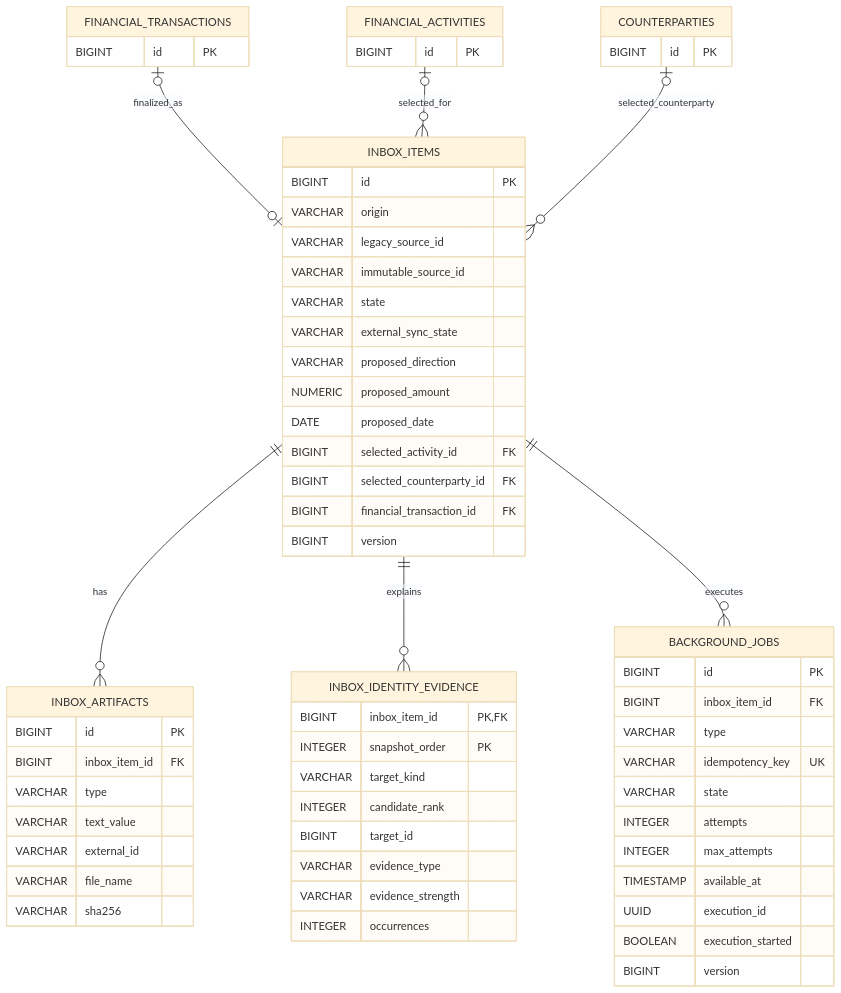
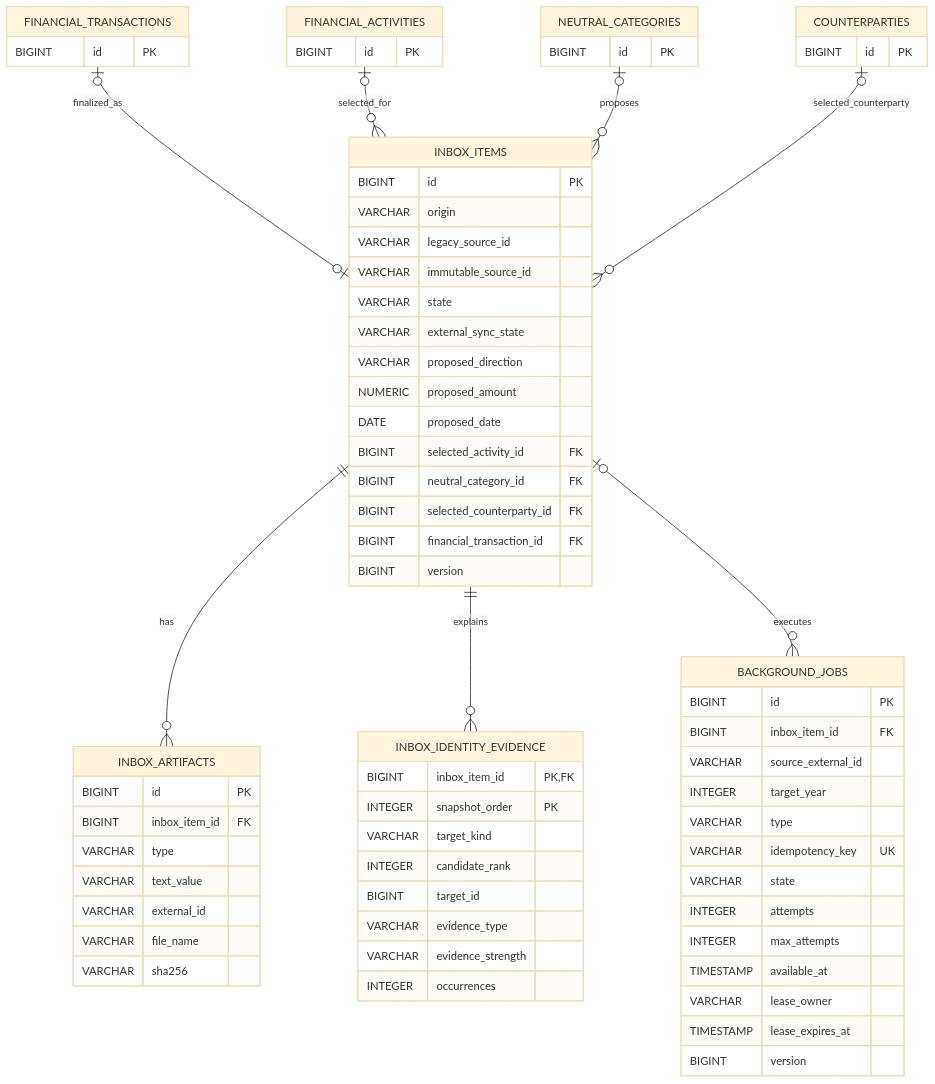
Before and after one commit to jinloes/bookie: the third of 4 diagrams in diagrams/erd.md, drawn with Mermaid (base theme). The commit also changed other lines of this file and 473 other files, not shown here.

First line of the commit message:
Simplify architecture, upgrade to Spring Boot 4.1, and refine UX and SSE

````diff
--- a/diagrams/erd.md
+++ b/diagrams/erd.md
@@ -210,72 +190,80 @@
 ```mermaid
 erDiagram
   FINANCIAL_TRANSACTIONS {
     BIGINT id PK
   }
 
   FINANCIAL_ACTIVITIES {
+    BIGINT id PK
+  }
+
+  NEUTRAL_CATEGORIES {
     BIGINT id PK
   }
 
   COUNTERPARTIES {
     BIGINT id PK
   }
 
   INBOX_ITEMS {
     BIGINT id PK
     VARCHAR origin
     VARCHAR legacy_source_id
     VARCHAR immutable_source_id
     VARCHAR state
     VARCHAR external_sync_state
     VARCHAR proposed_direction
     NUMERIC proposed_amount
     DATE proposed_date
     BIGINT selected_activity_id FK
+    BIGINT neutral_category_id FK
     BIGINT selected_counterparty_id FK
     BIGINT financial_transaction_id FK
     BIGINT version
   }
 
   INBOX_ARTIFACTS {
     BIGINT id PK
     BIGINT inbox_item_id FK
     VARCHAR type
     VARCHAR text_value
     VARCHAR external_id
     VARCHAR file_name
     VARCHAR sha256
   }
 
   INBOX_IDENTITY_EVIDENCE {
     BIGINT inbox_item_id PK,FK
     INTEGER snapshot_order PK
     VARCHAR target_kind
     INTEGER candidate_rank
     BIGINT target_id
     VARCHAR evidence_type
     VARCHAR evidence_strength
     INTEGER occurrences
   }
 
   BACKGROUND_JOBS {
     BIGINT id PK
     BIGINT inbox_item_id FK
+    VARCHAR source_external_id
+    INTEGER target_year
     VARCHAR type
     VARCHAR idempotency_key UK
     VARCHAR state
     INTEGER attempts
     INTEGER max_attempts
     TIMESTAMP available_at
-    UUID execution_id
-    BOOLEAN execution_started
+    VARCHAR lease_owner
+    TIMESTAMP lease_expires_at
     BIGINT version
   }
 
   FINANCIAL_TRANSACTIONS o|--o| INBOX_ITEMS : finalized_as
   FINANCIAL_ACTIVITIES o|--o{ INBOX_ITEMS : selected_for
+  NEUTRAL_CATEGORIES o|--o{ INBOX_ITEMS : proposes
   COUNTERPARTIES o|--o{ INBOX_ITEMS : selected_counterparty
   INBOX_ITEMS ||--o{ INBOX_ARTIFACTS : has
   INBOX_ITEMS ||--o{ INBOX_IDENTITY_EVIDENCE : explains
-  INBOX_ITEMS ||--o{ BACKGROUND_JOBS : executes
+  INBOX_ITEMS o|--o{ BACKGROUND_JOBS : executes
 ```
````
